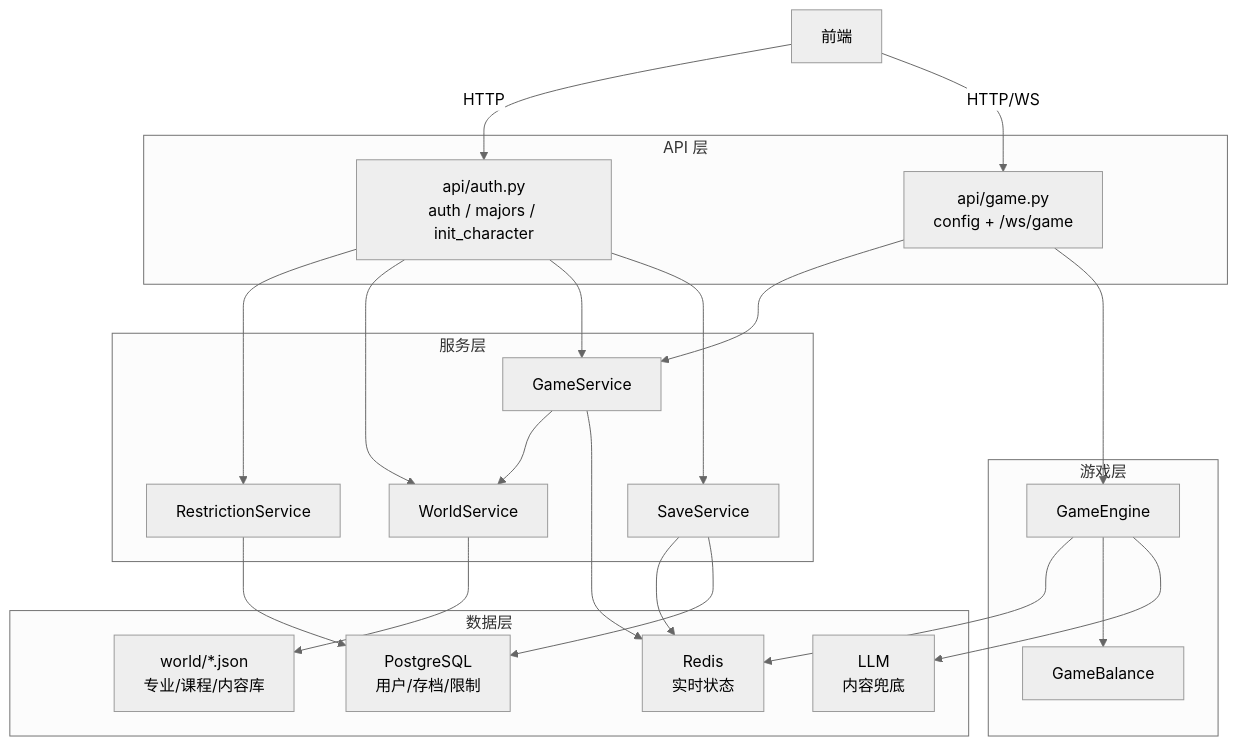
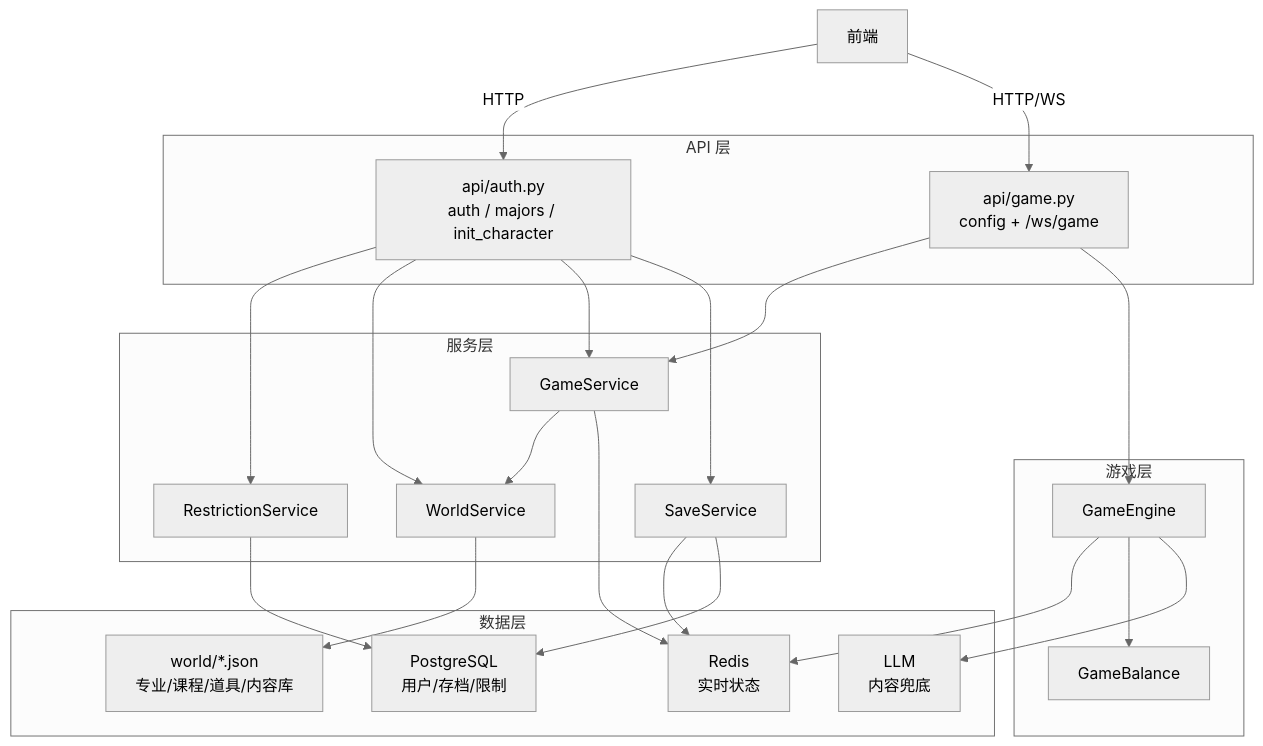
One commit to pirate-608/ZJUers_simulator changed the first of 2 diagrams in docs/dev/framework/backend_framework.md. Above: the diagram before and after it, drawn with Mermaid (neutral theme). The commit also changed other lines of this file and 44 other files, not shown here.

````diff
--- a/docs/dev/framework/backend_framework.md
+++ b/docs/dev/framework/backend_framework.md
@@ -50,46 +51,46 @@
 ```mermaid
 graph TD
     Client["前端"]
 
     subgraph "API 层"
         Auth["api/auth.py<br>auth / majors / init_character"]
         GameAPI["api/game.py<br>config + /ws/game"]
     end
 
     subgraph "服务层"
         GameService["GameService"]
         SaveService["SaveService"]
         WorldService["WorldService"]
         RestrictionService["RestrictionService"]
     end
 
     subgraph "游戏层"
         Engine["GameEngine"]
         Balance["GameBalance"]
     end
 
     subgraph "数据层"
         Redis["Redis<br>实时状态"]
         PG["PostgreSQL<br>用户/存档/限制"]
-        World["world/*.json<br>专业/课程/内容库"]
+        World["world/*.json<br>专业/课程/道具/内容库"]
         LLM["LLM<br>内容兜底"]
     end
 
     Client -->|HTTP| Auth
     Client -->|HTTP/WS| GameAPI
     Auth --> RestrictionService
     Auth --> WorldService
     Auth --> GameService
     Auth --> SaveService
     GameAPI --> GameService
     GameAPI --> Engine
     GameService --> WorldService
     GameService --> Redis
     SaveService --> Redis
     SaveService --> PG
     RestrictionService --> PG
     WorldService --> World
     Engine --> Redis
     Engine --> Balance
     Engine --> LLM
 ```
````
